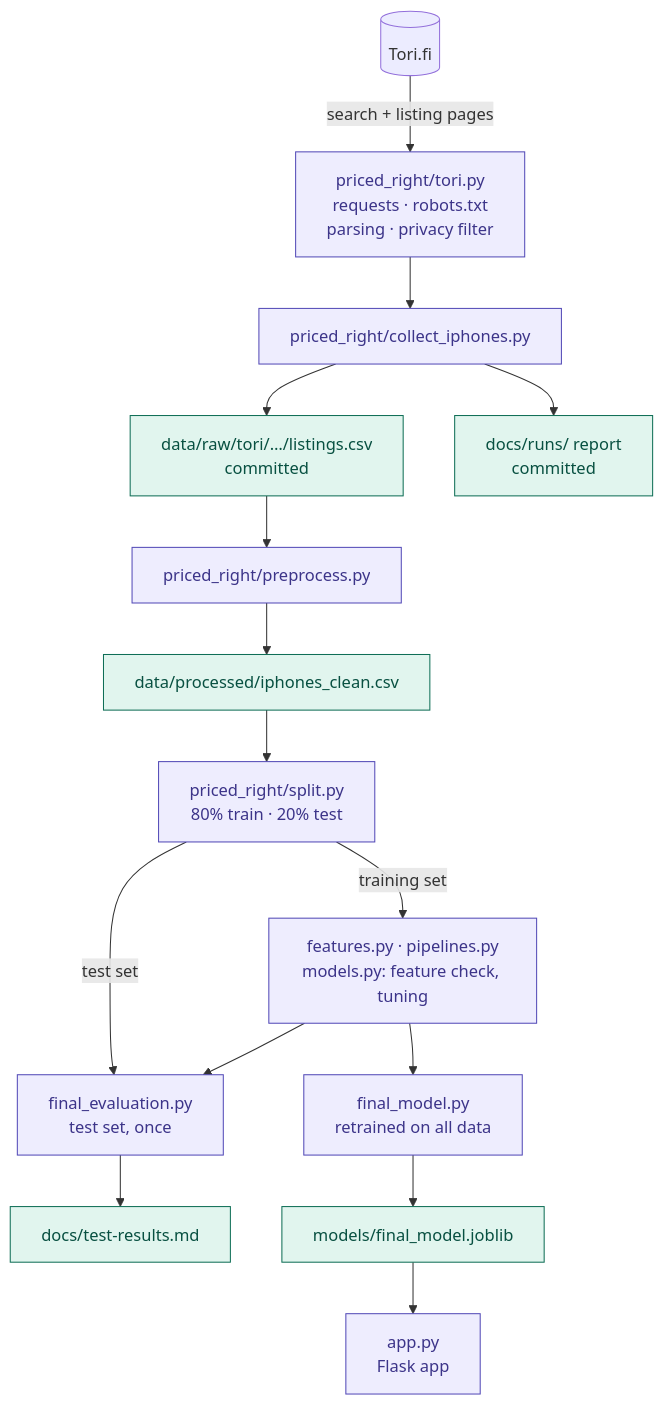
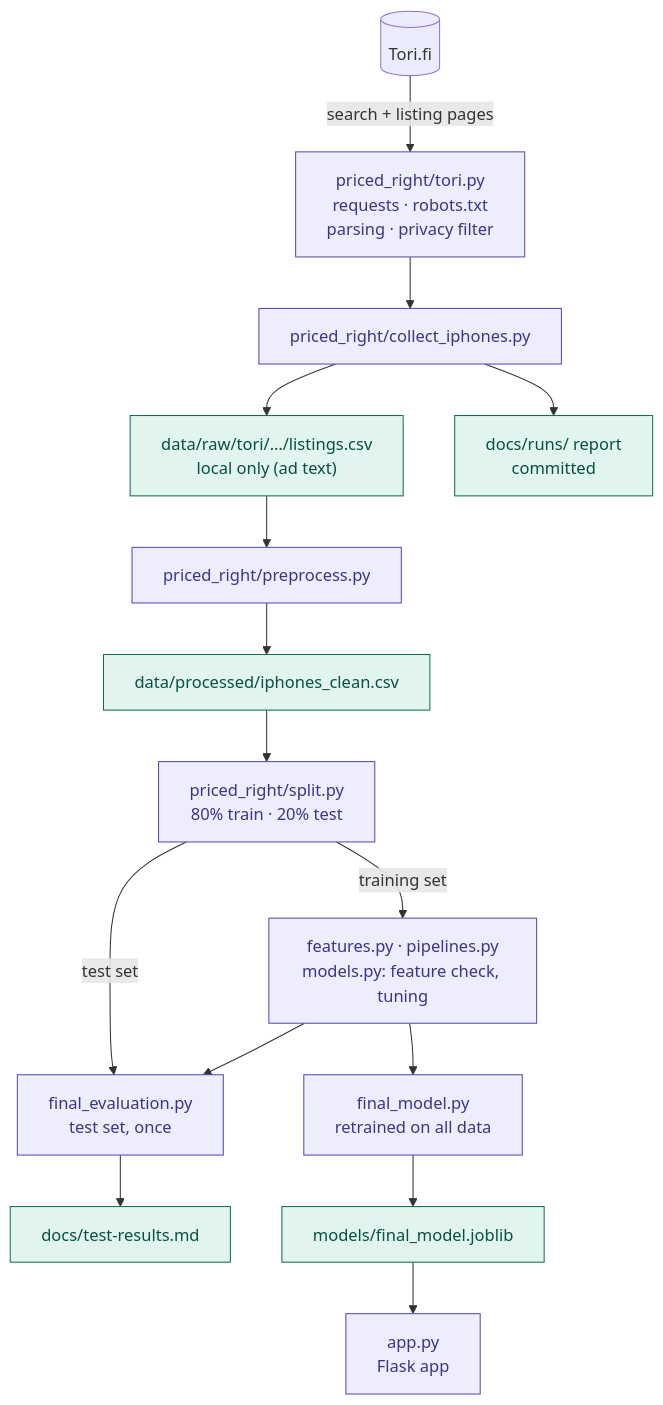
The second of 2 diagrams in README.md (HashirSalam/priced-right), drawn with Mermaid before and after one commit. The commit also changed other lines of this file and 14 other files, not shown here.

````diff
--- a/README.md
+++ b/README.md
@@ -237,23 +238,23 @@
 ```mermaid
 flowchart TB
     tori[("Tori.fi")] -->|search + listing pages| client["priced_right/tori.py<br/>requests · robots.txt<br/>parsing · privacy filter"]
     client --> collect["priced_right/collect_iphones.py"]
-    collect --> raw["data/raw/tori/…/listings.csv<br/>committed"]
+    collect --> raw["data/raw/tori/…/listings.csv<br/>local only (ad text)"]
     collect --> reports["docs/runs/ report<br/>committed"]
     raw --> prep["priced_right/preprocess.py"]
     prep --> clean["data/processed/iphones_clean.csv"]
     clean --> split["priced_right/split.py<br/>80% train · 20% test"]
     split -->|training set| select["features.py · pipelines.py<br/>models.py: feature check, tuning"]
     select --> final_eval["final_evaluation.py<br/>test set, once"]
     split -->|test set| final_eval
     final_eval --> results["docs/test-results.md"]
     select --> final_model["final_model.py<br/>retrained on all data"]
     final_model --> saved["models/final_model.joblib"]
     saved --> app["app.py<br/>Flask app"]
 
     classDef code fill:#EEEDFE,stroke:#534AB7,color:#3C3489
     classDef data fill:#E1F5EE,stroke:#0F6E56,color:#085041
     classDef todo fill:#F1EFE8,stroke:#5F5E5A,color:#444441,stroke-dasharray: 5 5
     class client,collect,prep,split,select,final_eval,final_model,app code
     class raw,reports,clean,results,saved data
 ```
````
